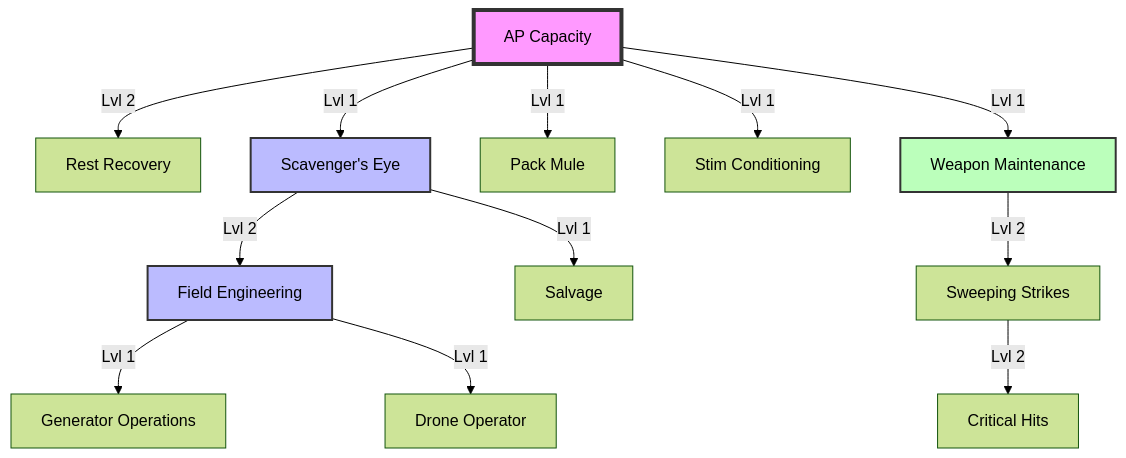
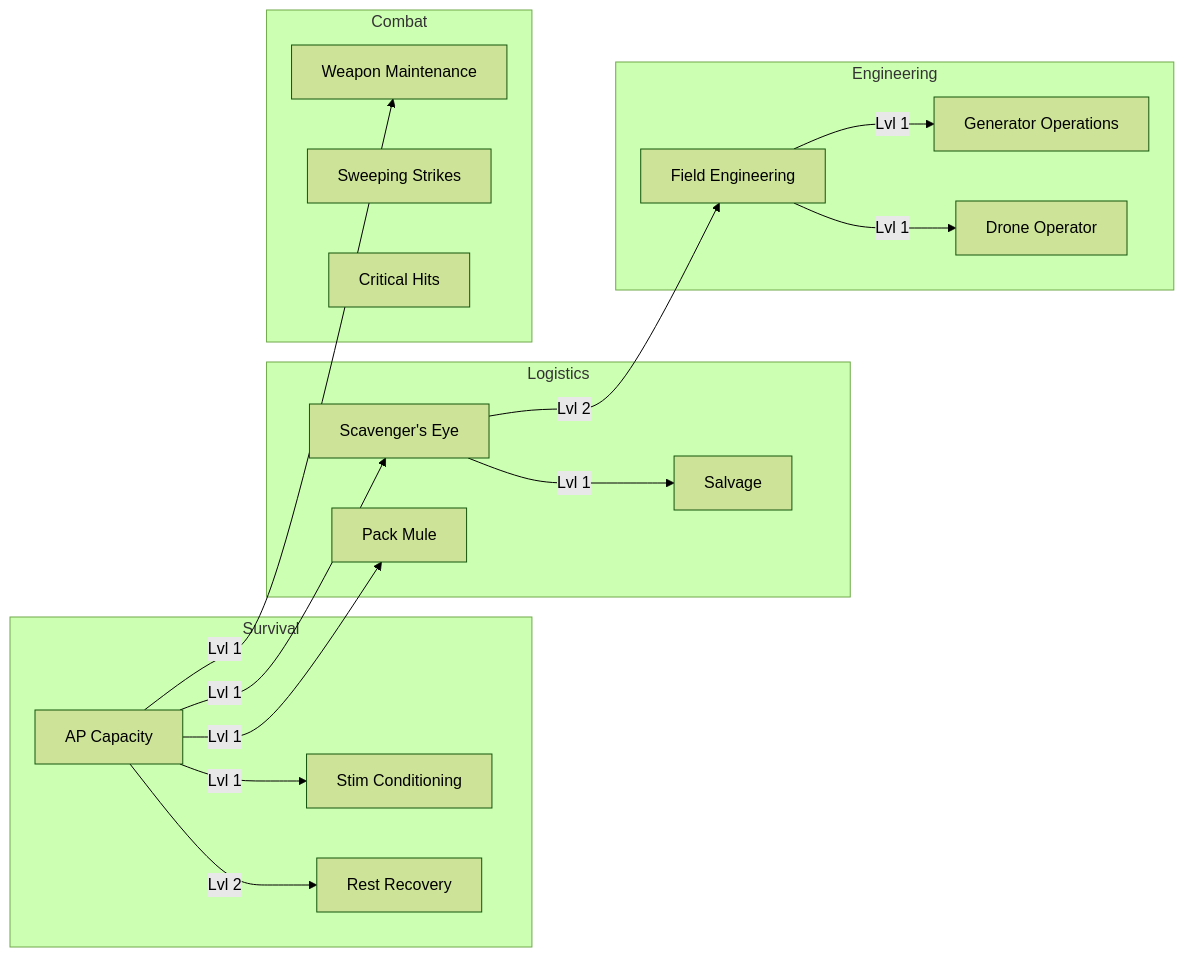
The diagram in content/Skills/index.md (2phost/hex-survival-wiki), drawn with Mermaid (forest theme) before and after one commit. The commit also changed other lines of this file and 43 other files, not shown here.

````diff
--- a/content/Skills/index.md
+++ b/content/Skills/index.md
@@ -9,22 +10,51 @@
 ```mermaid
-graph TD
-    AP[AP Capacity] -->|Lvl 2| RR[Rest Recovery]
-    AP -->|Lvl 1| SE[Scavenger's Eye]
-    AP -->|Lvl 1| PM[Pack Mule]
-    AP -->|Lvl 1| SC[Stim Conditioning]
-    AP -->|Lvl 1| WM[Weapon Maintenance]
+graph LR
+    subgraph S[Survival]
+        AP[AP Capacity]
+        SC[Stim Conditioning]
+        RR[Rest Recovery]
+    end
+
+    subgraph L[Logistics]
+        SE[Scavenger's Eye]
+        PM[Pack Mule]
+        SL[Salvage]
+    end
+
+    subgraph C[Combat]
+        WM[Weapon Maintenance]
+        SS[Sweeping Strikes]
+        CH[Critical Hits]
+    end
+
+    subgraph E[Engineering]
+        FE[Field Engineering]
+        GO[Generator Operations]
+        DO[Drone Operator]
+    end
+
+    AP -->|Lvl 1| SE
+    AP -->|Lvl 1| PM
+    AP -->|Lvl 1| SC
+    AP -->|Lvl 1| WM
+    AP -->|Lvl 2| RR
     
-    SE -->|Lvl 2| FE[Field Engineering]
-    SE -->|Lvl 1| SL[Salvage]
+    SE -->|Lvl 1| SL
+    SE -->|Lvl 2| FE
     
-    FE -->|Lvl 1| GO[Generator Operations]
-    FE -->|Lvl 1| DO[Drone Operator]
-    
-    WM -->|Lvl 2| SS[Sweeping Strikes]
-    SS -->|Lvl 2| CH[Critical Hits]
+    FE -->|Lvl 1| GO
+    FE -->|Lvl 1| DO
 
-    style AP fill:#f9f,stroke:#333,stroke-width:4px
-    style SE fill:#bbf,stroke:#333,stroke-width:2px
-    style FE fill:#bbf,stroke:#333,stroke-width:2px
-    style WM fill:#bfb,stroke:#333,stroke-width:2px
+    click AP "/Skills/ap_capacity"
+    click RR "/Skills/rest_recovery"
+    click SC "/Skills/stim_conditioning"
+    click SE "/Skills/scavenger_eye"
+    click PM "/Skills/pack_mule"
+    click SL "/Skills/salvage"
+    click FE "/Skills/field_engineering"
+    click GO "/Skills/generator_operations"
+    click DO "/Skills/drone_operator"
+    click WM "/Skills/weapon_maintenance"
+    click SS "/Skills/sweeping_strikes"
+    click CH "/Skills/critical_hits"
 ```
````
